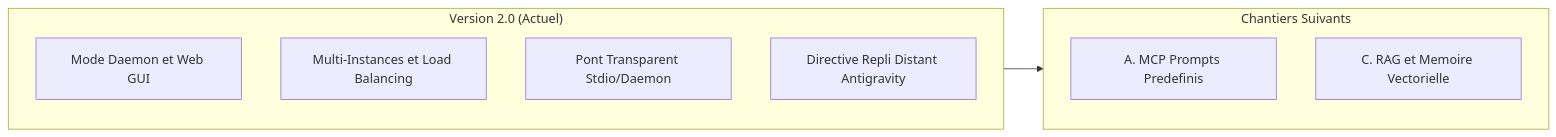
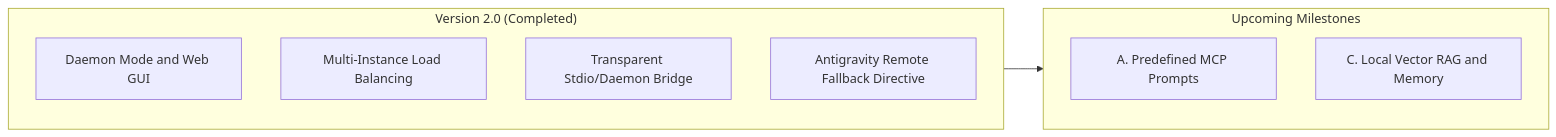
The diagram in wiki/Roadmap-and-Future-Evolutions.md (Philippe1964/LMStudio_MCP_Connector), drawn with Mermaid before and after one commit. The commit also changed other lines of this file and 31 other files, not shown here.

Commit message:
docs(i18n): enforce English as default language across all documentation, code, web GUI, and wiki

````diff
--- a/wiki/Roadmap-and-Future-Evolutions.md
+++ b/wiki/Roadmap-and-Future-Evolutions.md
@@ -11,18 +11,18 @@
 ```mermaid
 flowchart LR
-    subgraph V2["Version 2.0 (Actuel)"]
+    subgraph V2["Version 2.0 (Completed)"]
         direction TB
-        V2A["Mode Daemon et Web GUI"]
-        V2B["Multi-Instances et Load Balancing"]
-        V2C["Pont Transparent Stdio/Daemon"]
-        V2D["Directive Repli Distant Antigravity"]
+        V2A["Daemon Mode and Web GUI"]
+        V2B["Multi-Instance Load Balancing"]
+        V2C["Transparent Stdio/Daemon Bridge"]
+        V2D["Antigravity Remote Fallback Directive"]
     end
 
-    subgraph Suivant["Chantiers Suivants"]
+    subgraph Next["Upcoming Milestones"]
         direction TB
-        A["A. MCP Prompts Predefinis"]
-        C["C. RAG et Memoire Vectorielle"]
+        A["A. Predefined MCP Prompts"]
+        C["C. Local Vector RAG and Memory"]
     end
 
-    V2 --> Suivant
+    V2 --> Next
 ```
````
